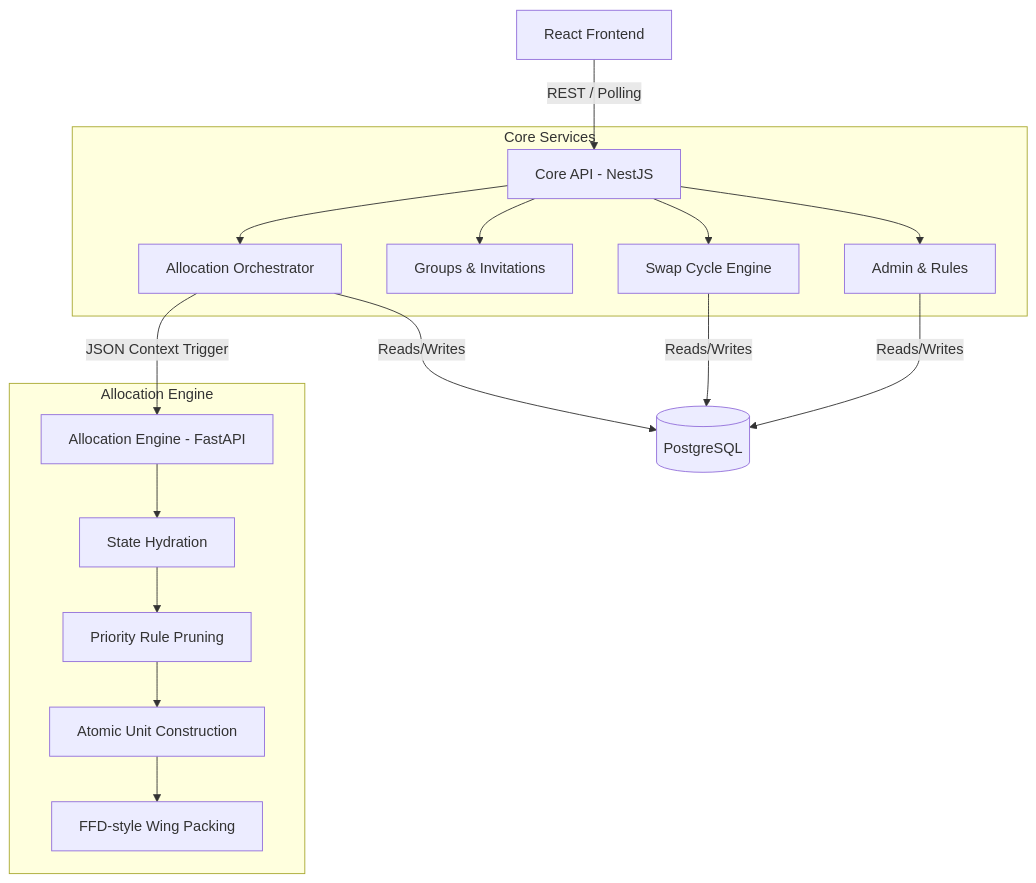
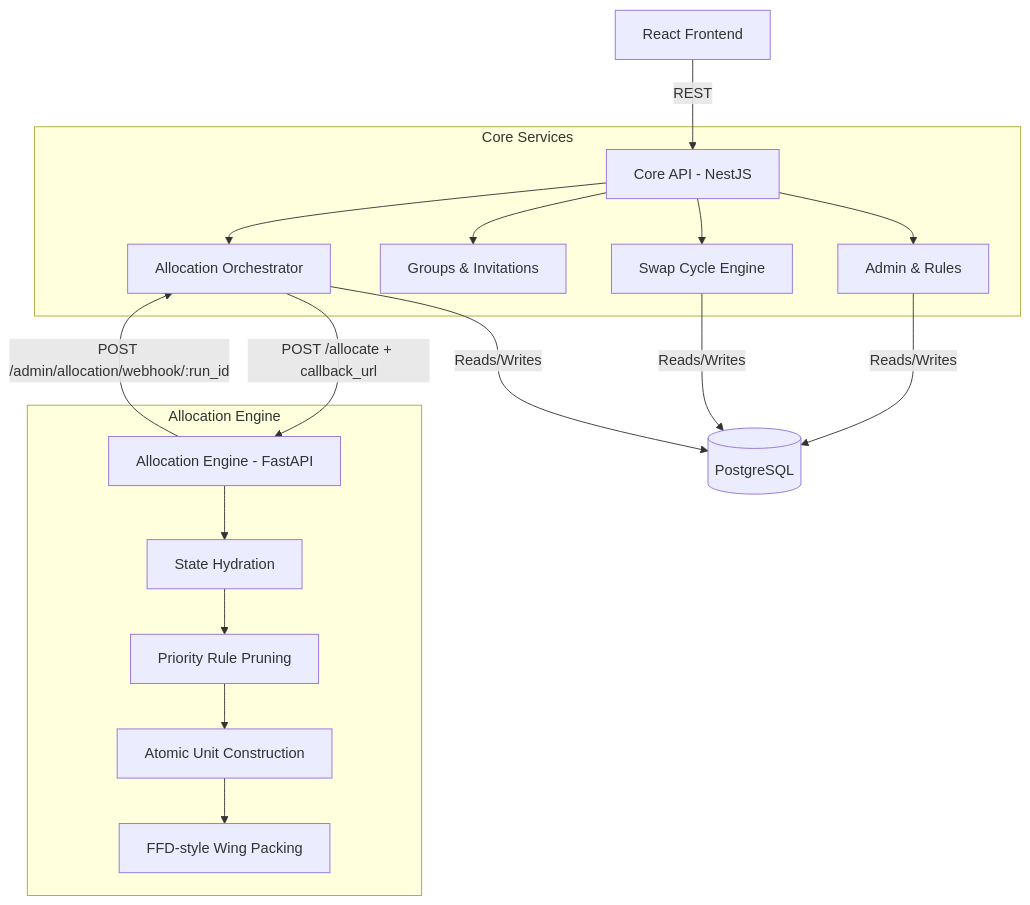
Before and after one commit to Theewebwizard/Hostel-allocation-official: the first of 3 diagrams in README.md, drawn with Mermaid. The commit also changed other lines of this file and 10 other files, not shown here.

Commit message:
feat: implement webhook-based asynchronous allocation results delivery from engine to core services

````diff
--- a/README.md
+++ b/README.md
@@ -38,24 +38,25 @@
 ```mermaid
 graph TD
-    UI[React Frontend] --> |REST / Polling| API[Core API - NestJS]
+    UI[React Frontend] --> |REST| API[Core API - NestJS]
     
     subgraph Core System [Core Services]
         API --> Admin[Admin & Rules]
         API --> Groups[Groups & Invitations]
         API --> Swaps[Swap Cycle Engine]
         API --> Orchestrator[Allocation Orchestrator]
     end
 
-    Orchestrator --> |JSON Context Trigger| Engine[Allocation Engine - FastAPI]
+    Orchestrator --> |POST /allocate + callback_url| Engine[Allocation Engine - FastAPI]
+    Engine --> |POST /admin/allocation/webhook/:run_id| Orchestrator
 
     subgraph Python Engine [Allocation Engine]
         Engine --> Hydration[State Hydration]
         Hydration --> Pruning[Priority Rule Pruning]
         Pruning --> Atomic[Atomic Unit Construction]
         Atomic --> Packing[FFD-style Wing Packing]
     end
 
     Admin --> |Reads/Writes| DB[(PostgreSQL)]
     Swaps --> |Reads/Writes| DB
     Orchestrator --> |Reads/Writes| DB
 ```
````
